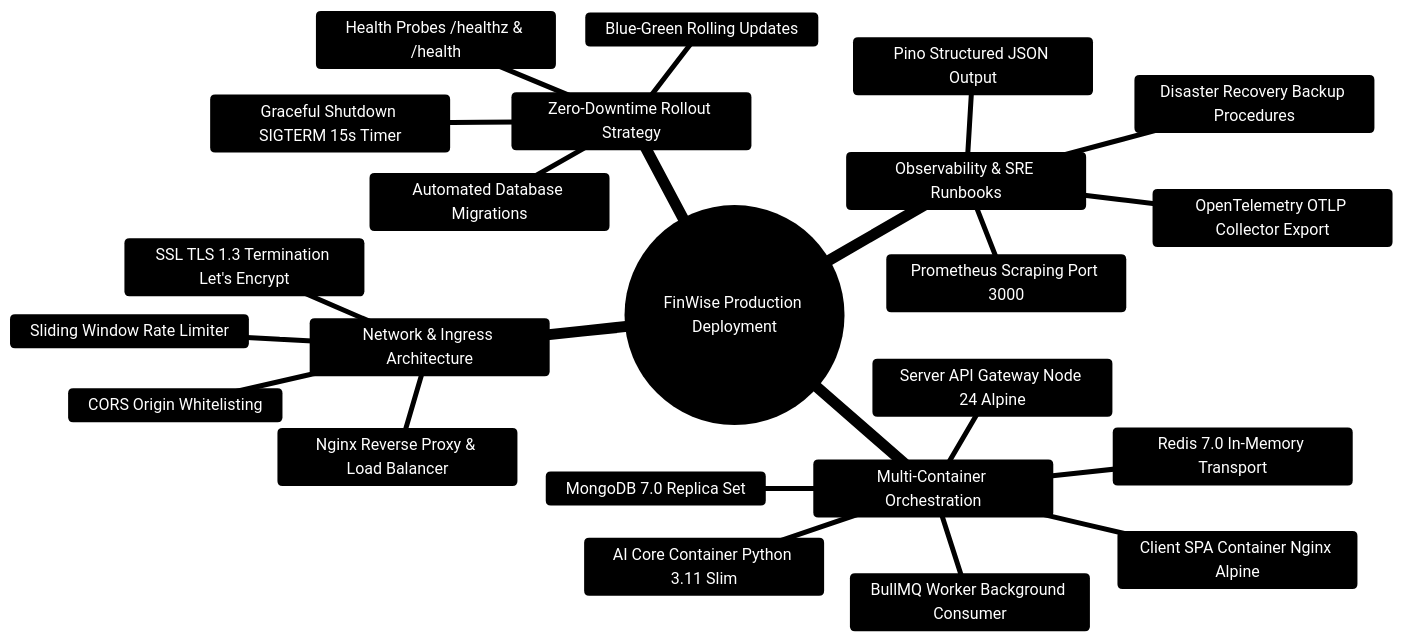
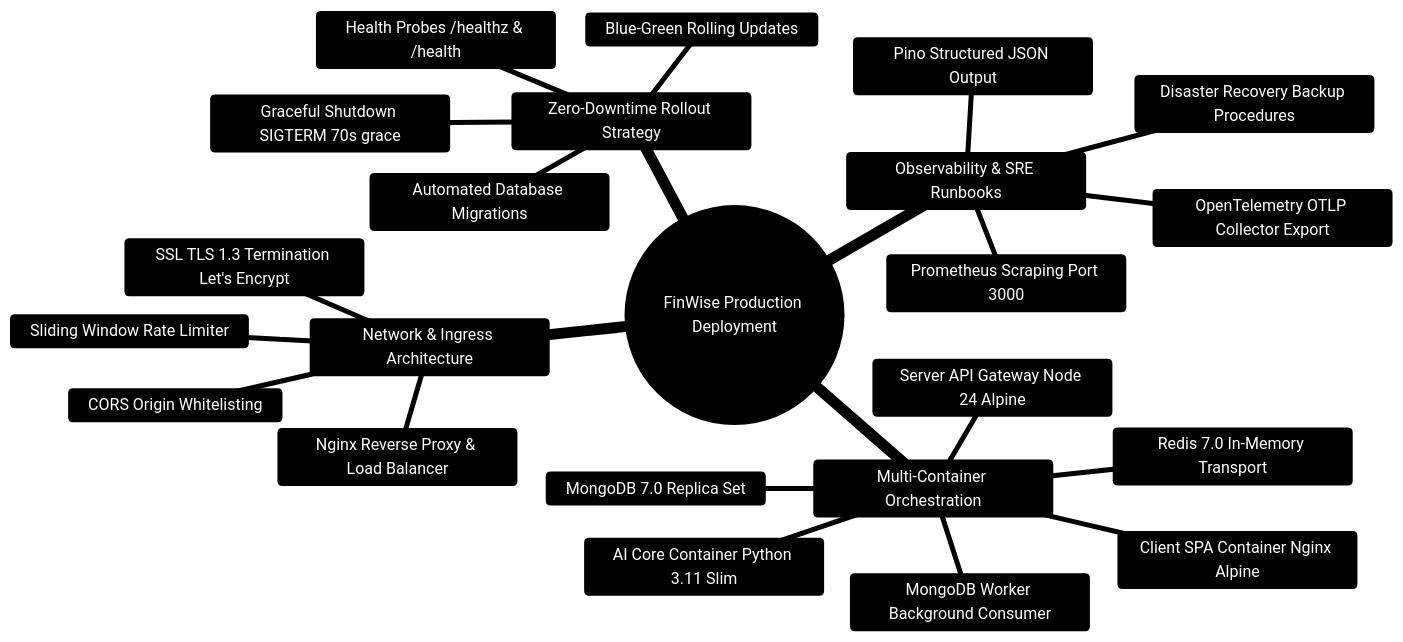
The diagram in docs/DEPLOYMENT.md (Ganesh172919/personal-finance), drawn with Mermaid before and after one commit. The commit also changed other lines of this file and 1026 other files, not shown here.

````diff
--- a/docs/DEPLOYMENT.md
+++ b/docs/DEPLOYMENT.md
@@ -15,27 +15,27 @@
 ```mermaid
 %%{init: {'theme': 'base', 'themeVariables': { 'primaryColor': '#1e293b', 'primaryTextColor': '#ffffff', 'primaryBorderColor': '#3b82f6', 'lineColor': '#60a5fa', 'secondaryColor': '#0f172a', 'tertiaryColor': '#1e1e2e'}}}%%
 mindmap
   root((FinWise Production Deployment))
     Multi-Container Orchestration
       Client SPA Container Nginx Alpine
       Server API Gateway Node 24 Alpine
       AI Core Container Python 3.11 Slim
-      BullMQ Worker Background Consumer
+      MongoDB Worker Background Consumer
       MongoDB 7.0 Replica Set
       Redis 7.0 In-Memory Transport
     Network & Ingress Architecture
       Nginx Reverse Proxy & Load Balancer
       SSL TLS 1.3 Termination Let's Encrypt
       CORS Origin Whitelisting
       Sliding Window Rate Limiter
     Zero-Downtime Rollout Strategy
       Health Probes /healthz & /health
-      Graceful Shutdown SIGTERM 15s Timer
+      Graceful Shutdown SIGTERM 70s grace
       Blue-Green Rolling Updates
       Automated Database Migrations
     Observability & SRE Runbooks
       Prometheus Scraping Port 3000
       OpenTelemetry OTLP Collector Export
       Pino Structured JSON Output
       Disaster Recovery Backup Procedures
 ```
````
